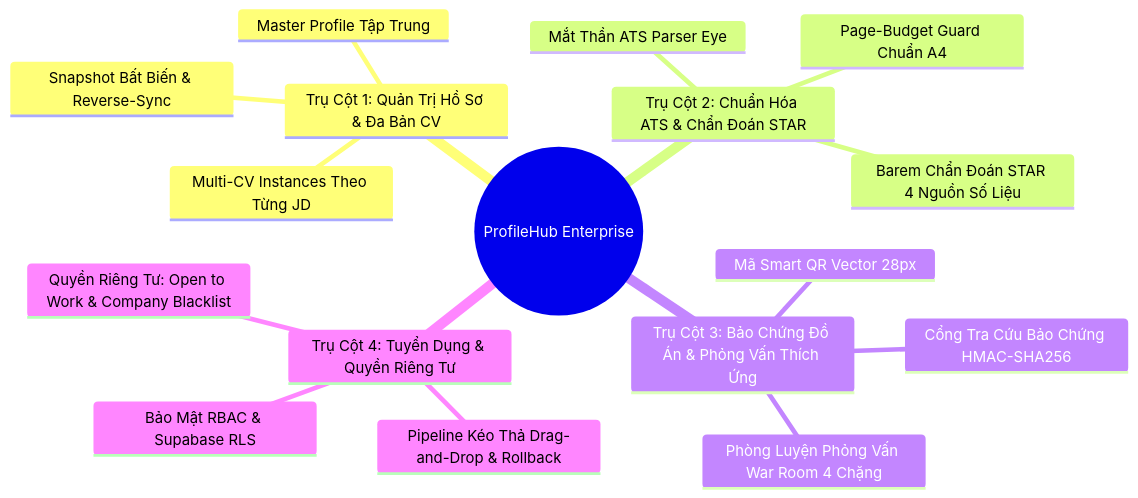
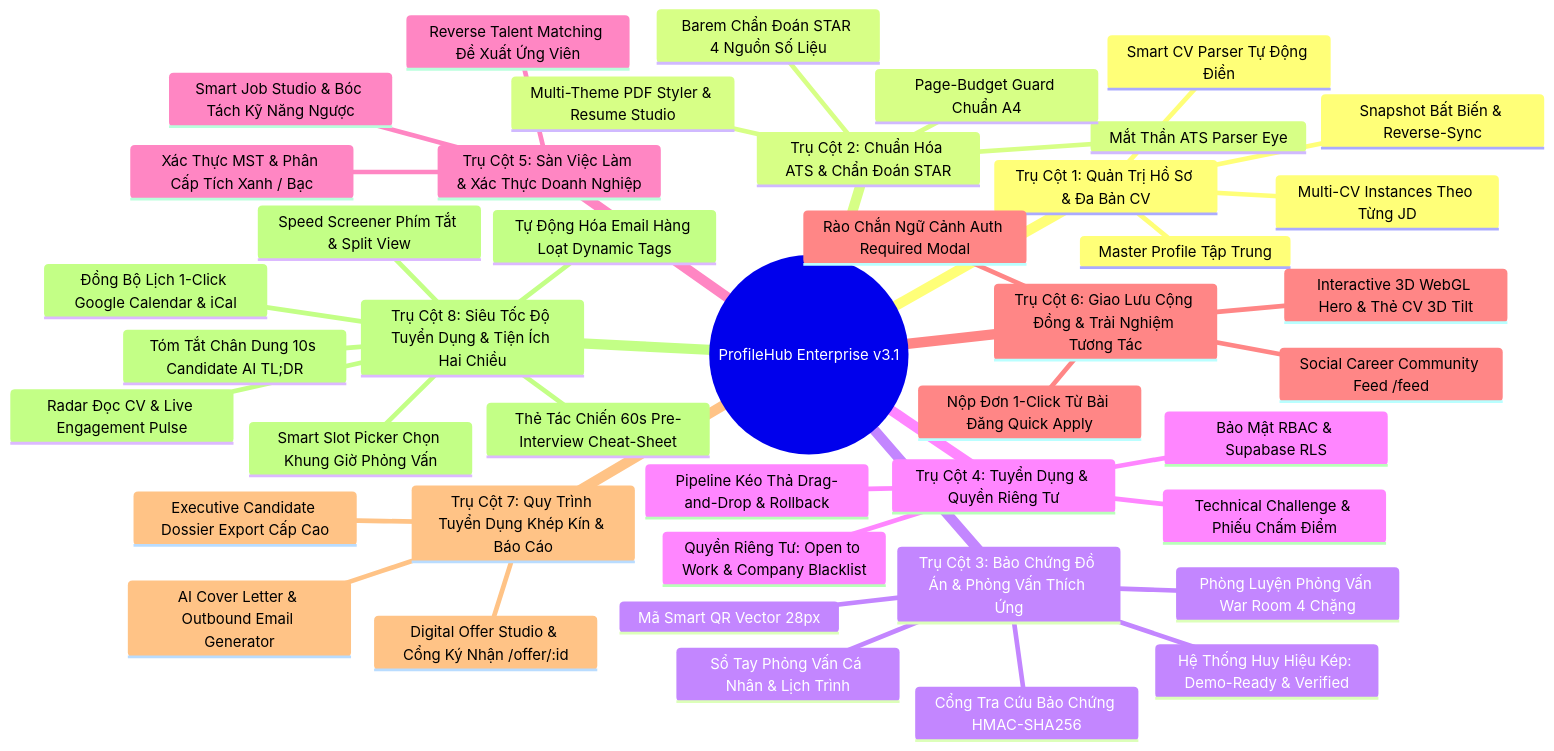
The second of 2 diagrams in profilehub/docs/product/spec.md (OtisPham/-profilehub), drawn with Mermaid before and after one commit. The commit also changed other lines of this file and 50 other files, not shown here.

Commit message:
feat(auth & velocity): implement google oauth resilience, auto-provisioning, and velocity suite features

````diff
--- a/profilehub/docs/product/spec.md
+++ b/profilehub/docs/product/spec.md
@@ -58,20 +60,46 @@
 ```mermaid
 mindmap
-  root((ProfileHub Enterprise))
+  root((ProfileHub Enterprise v3.1))
     Trụ Cột 1: Quản Trị Hồ Sơ & Đa Bản CV
       Master Profile Tập Trung
       Multi-CV Instances Theo Từng JD
       Snapshot Bất Biến & Reverse-Sync
+      Smart CV Parser Tự Động Điền
     Trụ Cột 2: Chuẩn Hóa ATS & Chẩn Đoán STAR
       Mắt Thần ATS Parser Eye
       Barem Chẩn Đoán STAR 4 Nguồn Số Liệu
       Page-Budget Guard Chuẩn A4
+      Multi-Theme PDF Styler & Resume Studio
     Trụ Cột 3: Bảo Chứng Đồ Án & Phỏng Vấn Thích Ứng
+      Hệ Thống Huy Hiệu Kép: Demo-Ready & Verified
       Mã Smart QR Vector 28px
       Cổng Tra Cứu Bảo Chứng HMAC-SHA256
       Phòng Luyện Phỏng Vấn War Room 4 Chặng
+      Sổ Tay Phỏng Vấn Cá Nhân & Lịch Trình
     Trụ Cột 4: Tuyển Dụng & Quyền Riêng Tư
       Bảo Mật RBAC & Supabase RLS
       Quyền Riêng Tư: Open to Work & Company Blacklist
       Pipeline Kéo Thả Drag-and-Drop & Rollback
+      Technical Challenge & Phiếu Chấm Điểm
+    Trụ Cột 5: Sàn Việc Làm & Xác Thực Doanh Nghiệp
+      Xác Thực MST & Phân Cấp Tích Xanh / Bạc
+      Smart Job Studio & Bóc Tách Kỹ Năng Ngược
+      Reverse Talent Matching Đề Xuất Ứng Viên
+    Trụ Cột 6: Giao Lưu Cộng Đồng & Trải Nghiệm Tương Tác
+      Social Career Community Feed /feed
+      Nộp Đơn 1-Click Từ Bài Đăng Quick Apply
+      Interactive 3D WebGL Hero & Thẻ CV 3D Tilt
+      Rào Chắn Ngữ Cảnh Auth Required Modal
+    Trụ Cột 7: Quy Trình Tuyển Dụng Khép Kín & Báo Cáo
+      Digital Offer Studio & Cổng Ký Nhận /offer/:id
+      Executive Candidate Dossier Export Cấp Cao
+      AI Cover Letter & Outbound Email Generator
+    Trụ Cột 8: Siêu Tốc Độ Tuyển Dụng & Tiện Ích Hai Chiều
+      Speed Screener Phím Tắt & Split View
+      Tự Động Hóa Email Hàng Loạt Dynamic Tags
+      Smart Slot Picker Chọn Khung Giờ Phỏng Vấn
+      Đồng Bộ Lịch 1-Click Google Calendar & iCal
+      Thẻ Tác Chiến 60s Pre-Interview Cheat-Sheet
+      Radar Đọc CV & Live Engagement Pulse
+      Tóm Tắt Chân Dung 10s Candidate AI TL;DR
 ```
````
